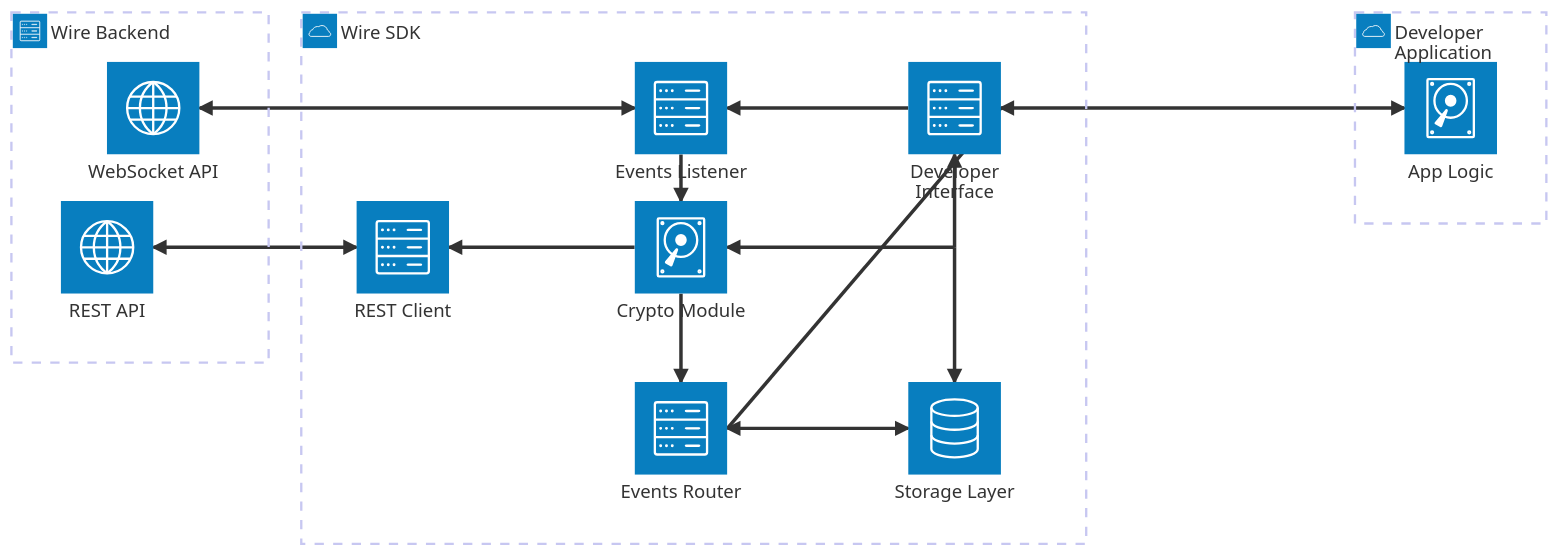
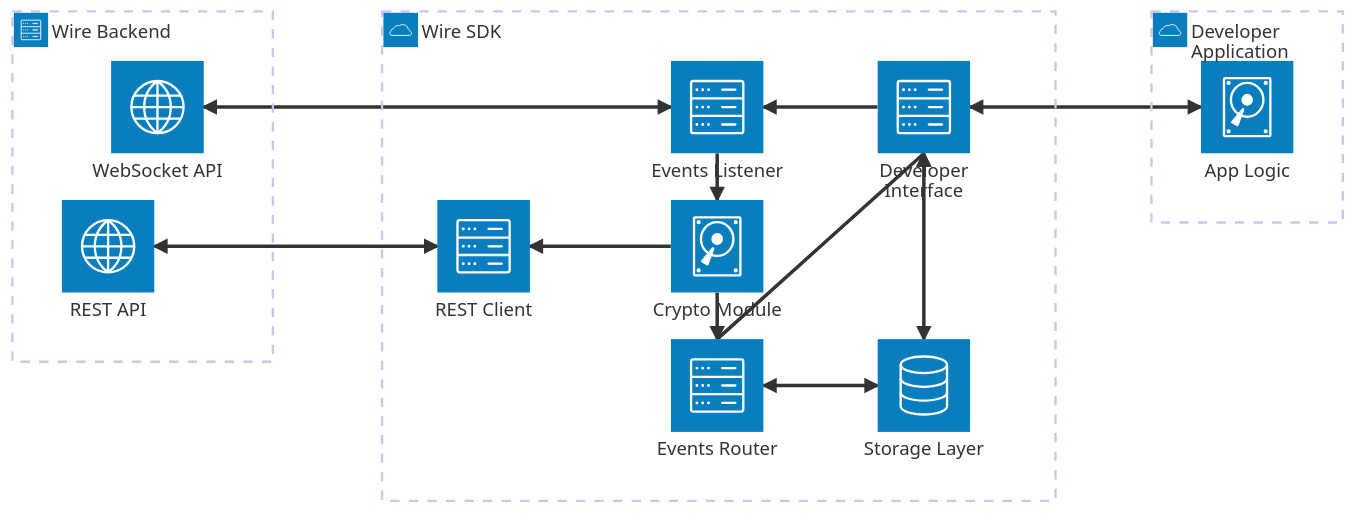
The diagram in docs/03-core-concepts/02-architecture.md (wireapp/integration-docs), drawn with Mermaid before and after one commit.

Commit message:
remove dev interface to CC connection to avoid confusion

````diff
--- a/docs/03-core-concepts/02-architecture.md
+++ b/docs/03-core-concepts/02-architecture.md
@@ -11,34 +11,30 @@
 ```mermaid
 architecture-beta
     group wireBackend(server)[Wire Backend]
         service webSocketAPI(internet)[WebSocket API] in wireBackend
         service restAPI(internet)[REST API] in wireBackend
     
     group wireSDK(cloud)[Wire SDK]
         service devInterface(server)[Developer Interface] in wireSDK
         service eventListener(server)[Events Listener] in wireSDK
         service restClient(server)[REST Client] in wireSDK
         service eventsRouter(server)[Events Router] in wireSDK
         service crypto(disk)[Crypto Module] in wireSDK
         service storage(database)[Storage Layer] in wireSDK
 
     group devApp(cloud)[Developer Application]
         service appLogic(disk)[App Logic] in devApp
 
-    junction storageRepository
-
     eventListener:L <--> R:webSocketAPI
     restClient:L <--> R:restAPI
 
     crypto:L --> R:restClient
     crypto:B --> T:eventsRouter
     eventListener:B --> T:crypto
     storage:L <--> R:eventsRouter
-    eventsRouter:R -- R:devInterface
-    storageRepository:T --> B:devInterface
-    storageRepository:L --> R:crypto
-    storageRepository:T --> T:storage
+    eventsRouter:T --> B:devInterface
+    storage:T <--> B:devInterface
     devInterface:L --> R:eventListener
 
     appLogic:L <--> R:devInterface
 ```
````
